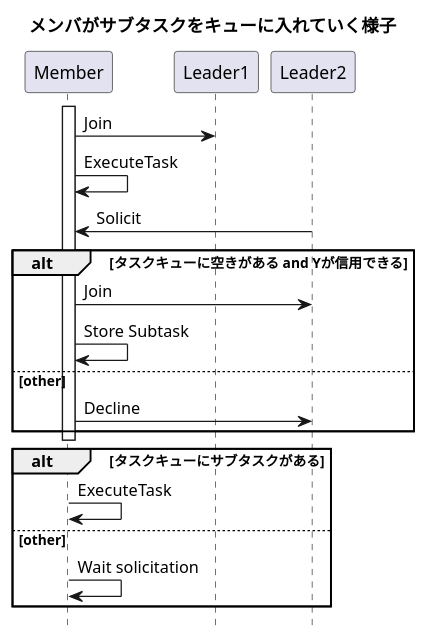
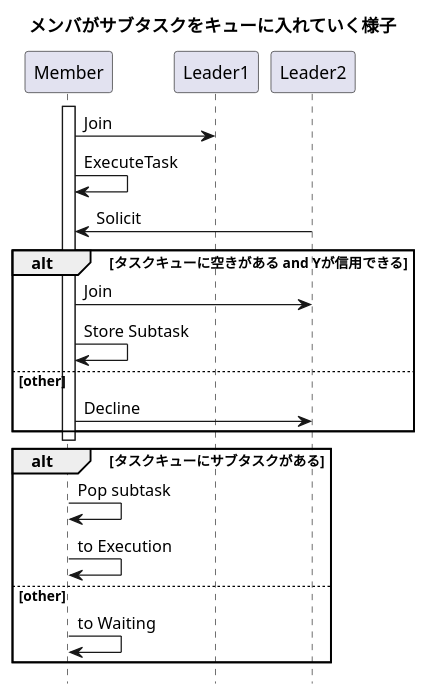
Before and after one commit to odds0128/TaskAllocation2018: the diagram in Member.puml, drawn with PlantUML. The commit also changed 12 other files, not shown here.

```diff
--- a/Member.puml
+++ b/Member.puml
@@ -1,31 +1,31 @@
 @startuml
 title メンバがサブタスクをキューに入れていく様子
 hide footbox
 
 participant Member  as A
 participant Leader1 as X
 participant Leader2 as Y
-'participant Leader3 as Z
 
 activate A
 A -> X: Join
 A -> A: ExecuteTask
 Y -> A: Solicit
 
 alt タスクキューに空きがある and Yが信用できる
     A -> Y: Join
     A -> A: Store Subtask
 else other
     A -> Y: Decline
 end
 
 deactivate A
 
 alt タスクキューにサブタスクがある
     activate A
-    A -> A: ExecuteTask
+    A -> A: Pop subtask
+    A -> A: to Execution
 else other
-    A -> A: Wait solicitation
+    A -> A: to Waiting
 end
 
 @enduml
```
